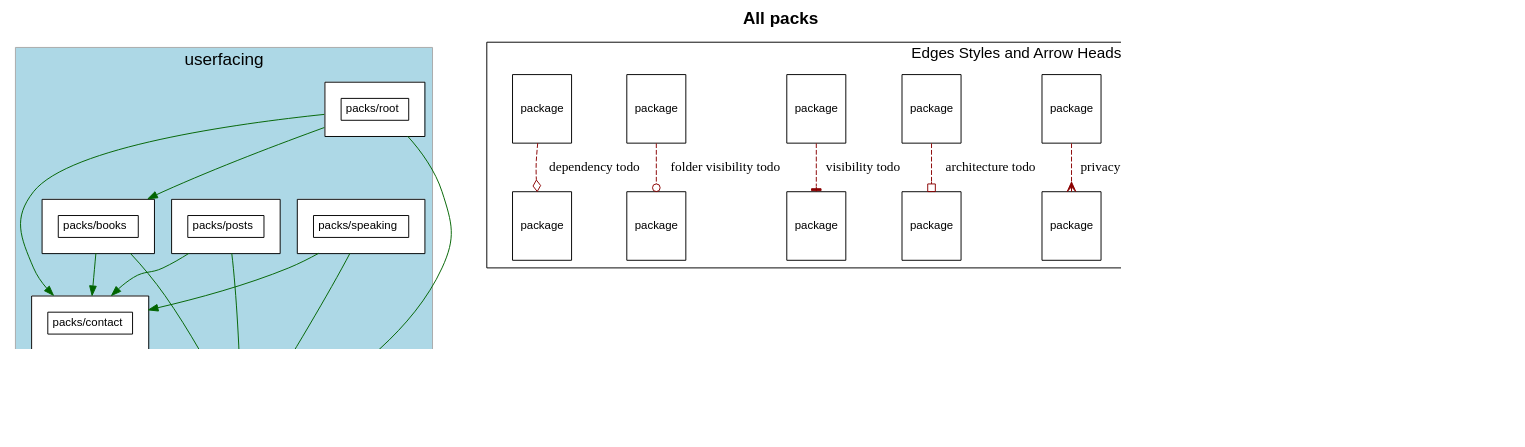
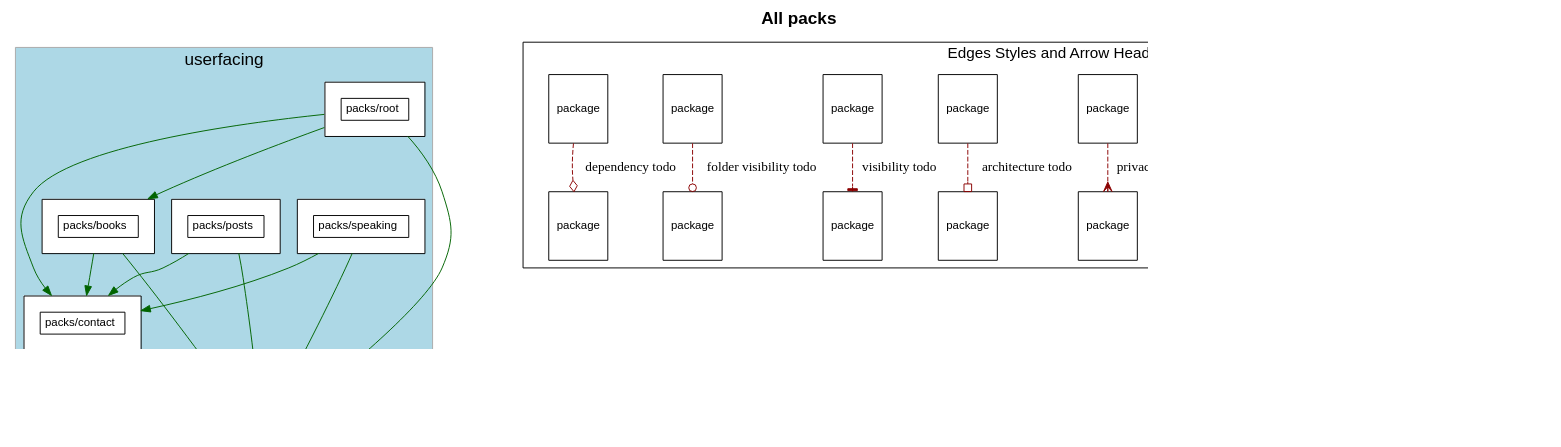
One commit to shageman/stephanhagemann.com changed the diagram in packs.dot. Above: the diagram before and after it, drawn with Graphviz. The commit also changed 1 other file, not shown here.

```diff
--- a/packs.dot
+++ b/packs.dot
@@ -1,169 +1,186 @@
 digraph package_diagram {
   rankdir=TD
   graph [
     labelloc="t"
     fontname="Helvetica,Arial,sans-serif"
     dpi=100
     layout=dot
     label=<<b>All packs</b><br/>>
     fontsize=18
   ]
   node [
     fontname="Helvetica,Arial,sans-serif"
     fontsize=26.0
     fontcolor=black
     fillcolor=white
     color=black
     height=1.0
     style=filled
     shape=plain
   ]
     subgraph userfacing {
       shape=box
       color=darkgrey
       fillcolor=lightblue
       style=filled
         label="userfacing"
         cluster=true
         rank = 0        "packs/books" [
             fontsize=12.0
             label= <
                 <table border='0' cellborder='1' cellspacing='0' cellpadding='16'><tr><td>
                   <table border='0' cellborder='1' cellspacing='0' cellpadding='4'>
                     <tr> <td port='private'> packs/books </td> </tr>
                   </table>
                   </td></tr>
                   </table>
               >
           ]
         
         "packs/contact" [
             fontsize=12.0
             label= <
                 <table border='0' cellborder='1' cellspacing='0' cellpadding='16'><tr><td>
                   <table border='0' cellborder='1' cellspacing='0' cellpadding='4'>
                     <tr> <td port='private'> packs/contact </td> </tr>
                   </table>
                   </td></tr>
                   </table>
               >
           ]
         
         "packs/posts" [
             fontsize=12.0
             label= <
                 <table border='0' cellborder='1' cellspacing='0' cellpadding='16'><tr><td>
                   <table border='0' cellborder='1' cellspacing='0' cellpadding='4'>
                     <tr> <td port='private'> packs/posts </td> </tr>
                   </table>
                   </td></tr>
                   </table>
               >
           ]
         
         "packs/root" [
             fontsize=12.0
             label= <
                 <table border='0' cellborder='1' cellspacing='0' cellpadding='16'><tr><td>
                   <table border='0' cellborder='1' cellspacing='0' cellpadding='4'>
                     <tr> <td port='private'> packs/root </td> </tr>
                   </table>
                   </td></tr>
                   </table>
               >
           ]
         
         "packs/speaking" [
             fontsize=12.0
             label= <
                 <table border='0' cellborder='1' cellspacing='0' cellpadding='16'><tr><td>
                   <table border='0' cellborder='1' cellspacing='0' cellpadding='4'>
                     <tr> <td port='private'> packs/speaking </td> </tr>
                   </table>
                   </td></tr>
                   </table>
               >
           ]
         
     }
     subgraph utility {
       shape=box
       color=darkgrey
       fillcolor=lightblue
       style=filled
         label="utility"
         cluster=true
-        rank = 1        "packs/rails_shims" [
+        rank = 1        "packs/nav_bar" [
+            fontsize=12.0
+            label= <
+                <table border='0' cellborder='1' cellspacing='0' cellpadding='16'><tr><td>
+                  <table border='0' cellborder='1' cellspacing='0' cellpadding='4'>
+                    <tr> <td port='private'> packs/nav_bar </td> </tr>
+                  </table>
+                  </td></tr>
+                  </table>
+              >
+          ]
+        
+        "packs/rails_shims" [
             fontsize=12.0
             label= <
                 <table border='0' cellborder='1' cellspacing='0' cellpadding='16'><tr><td>
                   <table border='0' cellborder='1' cellspacing='0' cellpadding='4'>
                     <tr> <td port='private'> packs/rails_shims </td> </tr>
                   </table>
                   </td></tr>
                   </table>
               >
           ]
         
     }
+              "packs/books" -> "packs/nav_bar" [ style=invis ]
+              "packs/contact" -> "packs/nav_bar" [ style=invis ]
+              "packs/posts" -> "packs/nav_bar" [ style=invis ]
+              "packs/root" -> "packs/nav_bar" [ style=invis ]
+              "packs/speaking" -> "packs/nav_bar" [ style=invis ]
               "packs/books" -> "packs/rails_shims" [ style=invis ]
               "packs/contact" -> "packs/rails_shims" [ style=invis ]
               "packs/posts" -> "packs/rails_shims" [ style=invis ]
               "packs/root" -> "packs/rails_shims" [ style=invis ]
               "packs/speaking" -> "packs/rails_shims" [ style=invis ]
     subgraph NotInLayer {
       shape=box
       color=darkgrey
       fillcolor=lightblue
       style=filled
         cluster=false
     }
           "packs/books" -> "packs/rails_shims" [ color=darkgreen ]
           "packs/books" -> "packs/contact" [ color=darkgreen ]
           "packs/contact" -> "packs/rails_shims" [ color=darkgreen ]
           "packs/posts" -> "packs/rails_shims" [ color=darkgreen ]
           "packs/posts" -> "packs/contact" [ color=darkgreen ]
           "packs/root" -> "packs/rails_shims" [ color=darkgreen ]
           "packs/root" -> "packs/books" [ color=darkgreen ]
           "packs/root" -> "packs/contact" [ color=darkgreen ]
           "packs/speaking" -> "packs/rails_shims" [ color=darkgreen ]
           "packs/speaking" -> "packs/contact" [ color=darkgreen ]
     subgraph cluster_legend {
       fontsize=16
       label="Edges Styles and Arrow Heads"
       A [ fontsize=12 shape=box label="package"]
       B [ fontsize=12 shape=box label="package"]
       A -> B [label="accepted dependency" color=darkgreen]
       M [ fontsize=12 shape=box label="package"]
       N [ fontsize=12 shape=box label="package"]
       M -> N [label="nested package" color=purple]
       O [ fontsize=12 shape=box label="package"]
       P [ fontsize=12 shape=box label="package"]
       O -> P [label="visible to" color=blue]
       C [ fontsize=12 shape=box label="package"]
       D [ fontsize=12 shape=box label="package"]
       C -> D [label="privacy todo" color=darkred style=dashed arrowhead=crow]
       E [ fontsize=12 shape=box label="package"]
       F [ fontsize=12 shape=box label="package"]
       E -> F [label="architecture todo" color=darkred style=dashed arrowhead=obox]
       G [ fontsize=12 shape=box label="package"]
       H [ fontsize=12 shape=box label="package"]
       G -> H [label="visibility todo" color=darkred style=dashed arrowhead=tee]
       I [ fontsize=12 shape=box label="package"]
       J [ fontsize=12 shape=box label="package"]
       I -> J [label="folder visibility todo" color=darkred style=dashed arrowhead=odot]
       K [ fontsize=12 shape=box label="package"]
       L [ fontsize=12 shape=box label="package"]
       K -> L [label="dependency todo" color=darkred style=dashed arrowhead=odiamond]
       LEGEND_NODE_1 [ label="" peripheries=0 height=0 width=0 style=invis ]
       LEGEND_NODE_2 [ label="" peripheries=0 height=0 width=0 style=invis ]
       LEGEND_NODE_1 -> LEGEND_NODE_2 [ style=invis ]
     }
   subgraph cluster_teams_legend {
     fontsize=16
     label="Team Colors"
 
 
   }
     LEGEND_NODE_2 -> "" [style=invis]
 }
```
